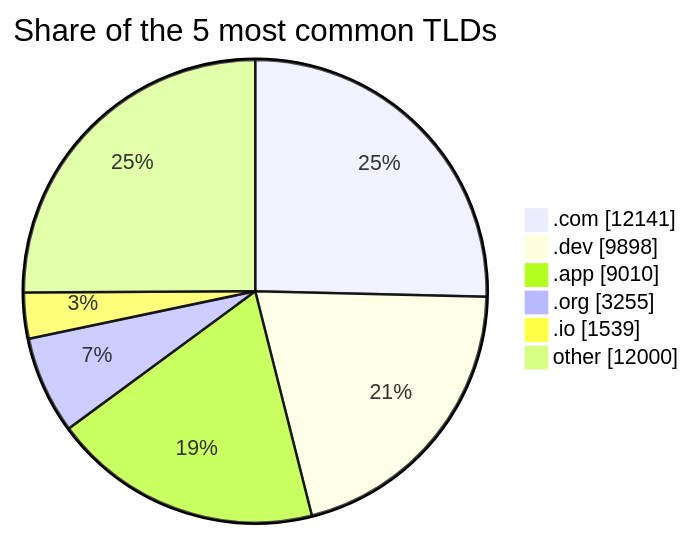
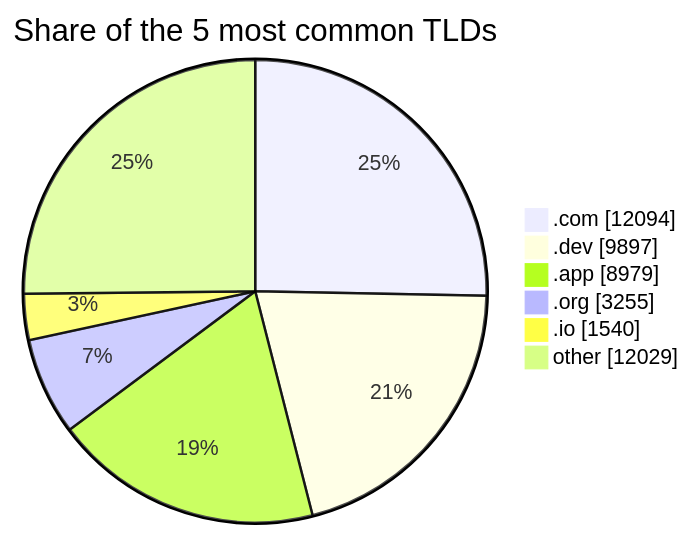
The third of 3 diagrams in README.md (DNSBunker/CTI), drawn with Mermaid before and after one commit. The commit also changed other lines of this file and 3 other files, not shown here.

````diff
--- a/README.md
+++ b/README.md
@@ -81,9 +81,9 @@
 ```mermaid
 pie showData title Share of the 5 most common TLDs
-    ".com" : 12141
-    ".dev" : 9898
-    ".app" : 9010
+    ".com" : 12094
+    ".dev" : 9897
+    ".app" : 8979
     ".org" : 3255
-    ".io" : 1539
-    "other" : 12000
+    ".io" : 1540
+    "other" : 12029
 ```
````
